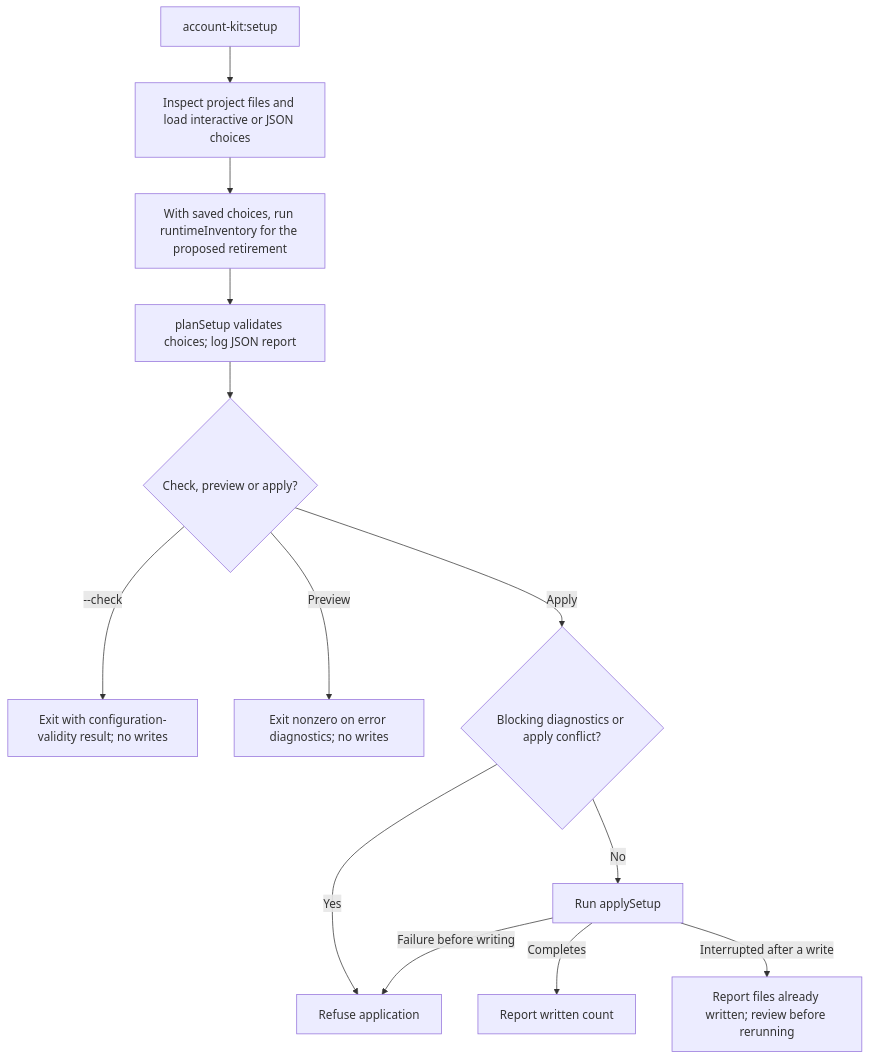
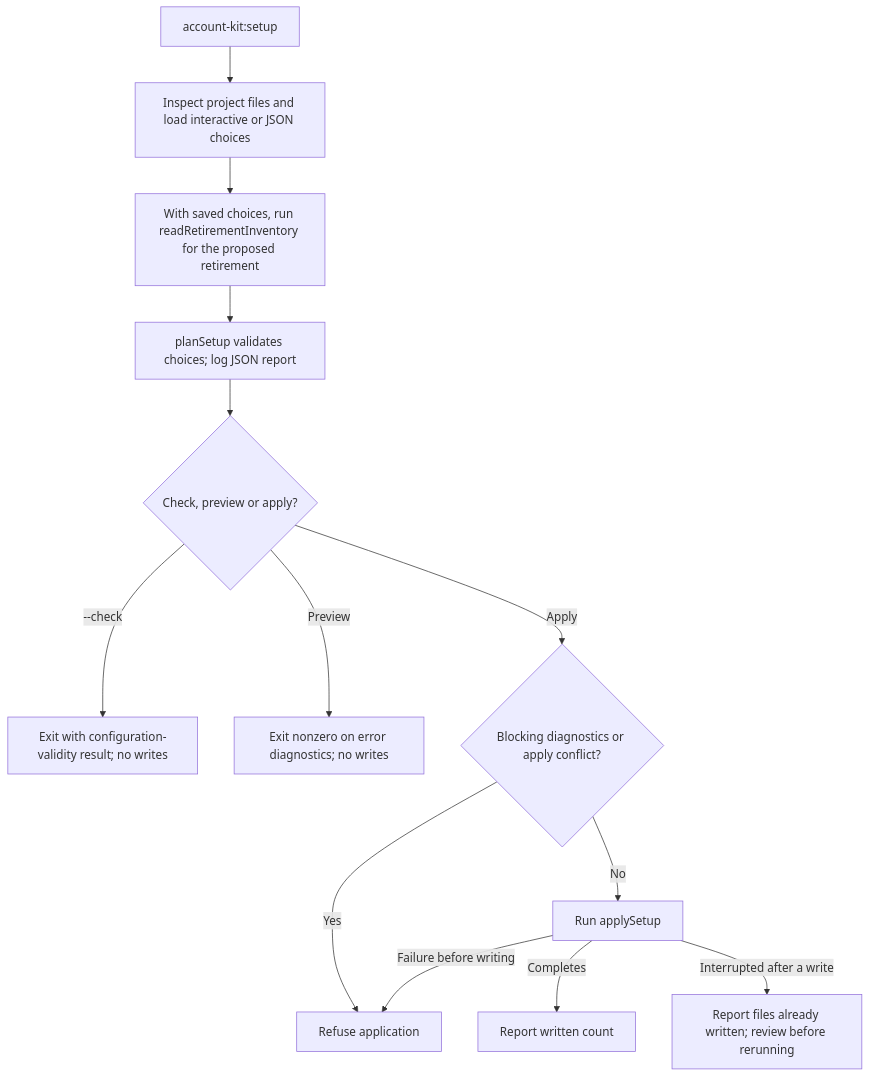
Before and after one commit to Kevinjohn/oss-adonisjs-account-kit: the second of 2 diagrams in user-stories/US-ACCOUNT-31-configure-account-kit.md, drawn with Mermaid. The commit also changed 29 other files, not shown here.

````diff
--- a/user-stories/US-ACCOUNT-31-configure-account-kit.md
+++ b/user-stories/US-ACCOUNT-31-configure-account-kit.md
@@ -41,15 +41,15 @@
 ```mermaid
 flowchart TD
  A["account-kit:setup"] --> B["Inspect project files and load interactive or JSON choices"]
- B --> C["With saved choices, run runtimeInventory for the proposed retirement"]
+ B --> C["With saved choices, run readRetirementInventory for the proposed retirement"]
  C --> R["planSetup validates choices; log JSON report"]
  R --> D{"Check, preview or apply?"}
  D -->|--check| E["Exit with configuration-validity result; no writes"]
  D -->|Preview| P["Exit nonzero on error diagnostics; no writes"]
  D -->|Apply| G{"Blocking diagnostics or apply conflict?"}
  G -->|Yes| H["Refuse application"]
  G -->|No| L["Run applySetup"]
  L -->|Completes| F["Report written count"]
  L -->|Failure before writing| H
  L -->|Interrupted after a write| I["Report files already written; review before rerunning"]
 ```
````
